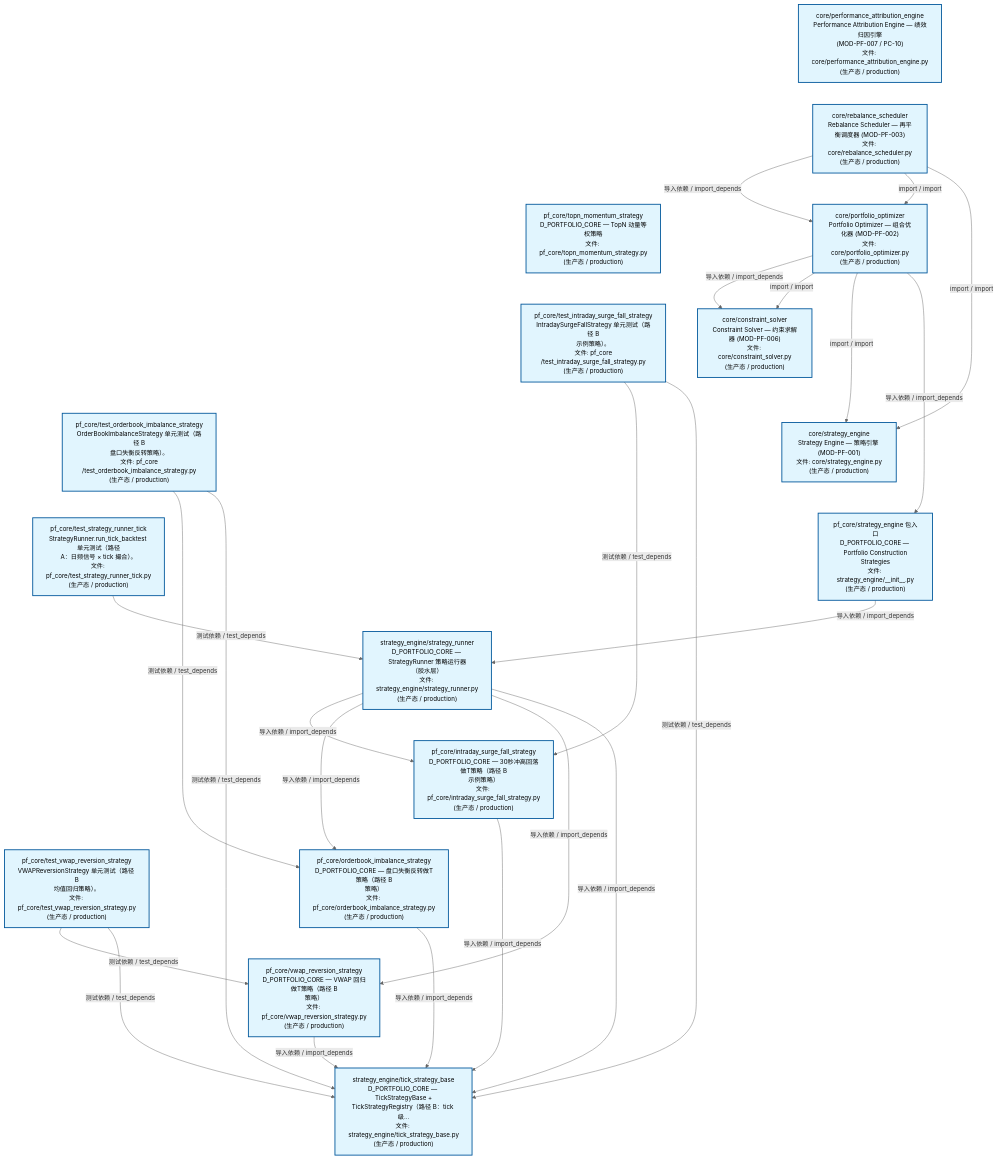
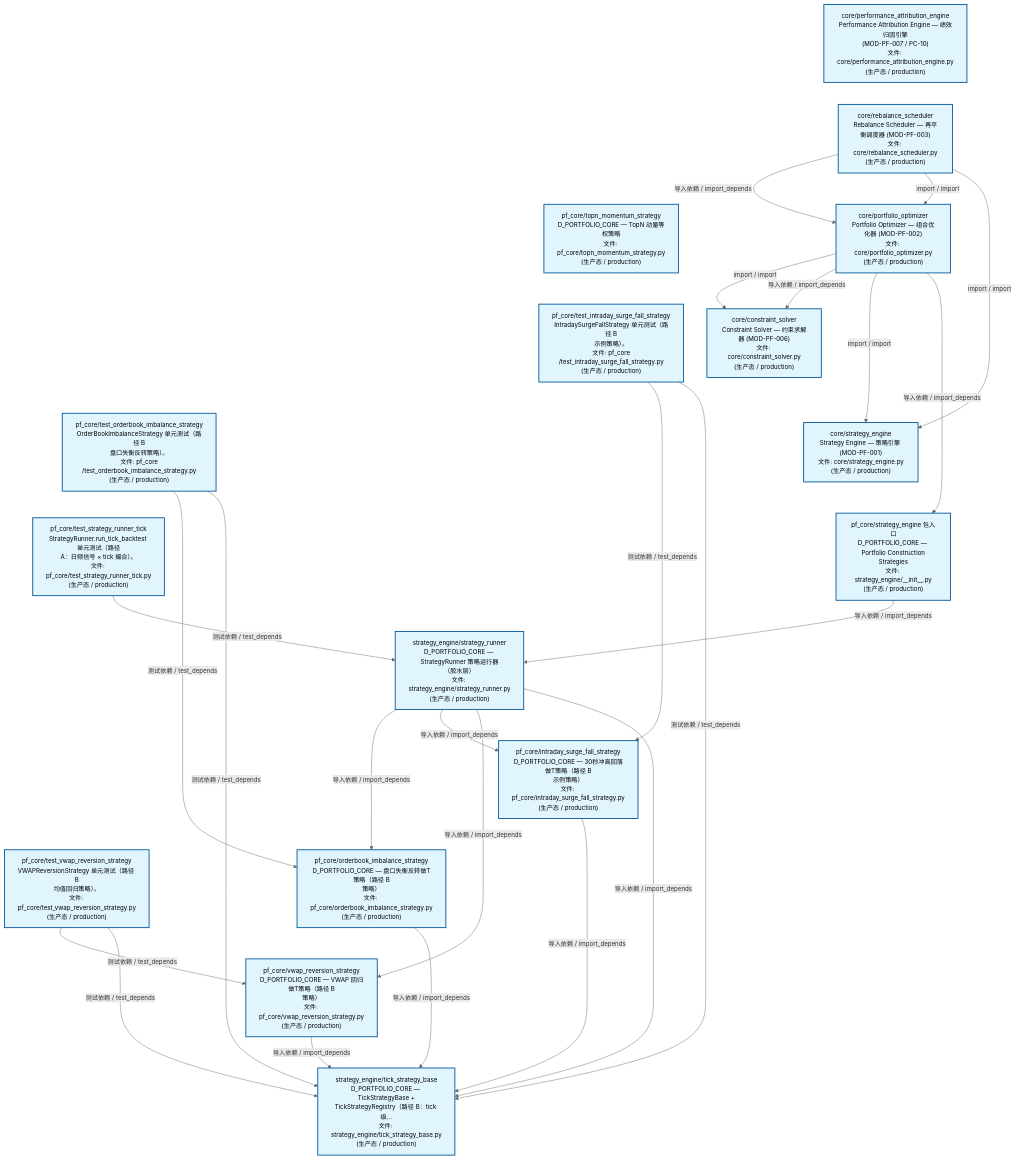
The second of 3 diagrams in docs/02_enterprise_architecture/02_domain_architecture_docs/63_d_pf_core.md (xuanFelixVan/ZephyrAlpha), drawn with Mermaid before and after one commit. The commit also changed other lines of this file and 42 other files, not shown here.

````diff
--- a/docs/02_enterprise_architecture/02_domain_architecture_docs/63_d_pf_core.md
+++ b/docs/02_enterprise_architecture/02_domain_architecture_docs/63_d_pf_core.md
@@ -139,57 +140,57 @@
 ```mermaid
 %%{init: {'theme': 'base', 'themeVariables': {'primaryColor': '#eaeaea', 'primaryTextColor': '#333333', 'primaryBorderColor': '#666666', 'lineColor': '#666666', 'secondaryColor': '#eaeaea', 'tertiaryColor': '#eaeaea', 'fontSize': '14px'}}}%%
 flowchart TD
     src_zephyr_pf_core_core_performance_attribution_engine_py["core/performance_attribution_engine<br/>Performance Attribution Engine — 绩效归因引擎<br/>(MOD-PF-007 / PC-10)<br/>文件: core/performance_attribution_engine.py<br/>(生产态 / production)"]
     src_zephyr_pf_core_core_rebalance_scheduler_py["core/rebalance_scheduler<br/>Rebalance Scheduler — 再平衡调度器 (MOD-PF-003)<br/>文件: core/rebalance_scheduler.py<br/>(生产态 / production)"]
     src_zephyr_pf_core_topn_momentum_strategy_py["pf_core/topn_momentum_strategy<br/>D_PORTFOLIO_CORE — TopN 动量等权策略<br/>文件: pf_core/topn_momentum_strategy.py<br/>(生产态 / production)"]
     tests_pf_core_test_intraday_surge_fall_strategy_py["pf_core/test_intraday_surge_fall_strategy<br/>IntradaySurgeFallStrategy 单元测试（路径 B<br/>示例策略）。<br/>文件: pf_core<br/>/test_intraday_surge_fall_strategy.py<br/>(生产态 / production)"]
     tests_pf_core_test_orderbook_imbalance_strategy_py["pf_core/test_orderbook_imbalance_strategy<br/>OrderBookImbalanceStrategy 单元测试（路径 B<br/>盘口失衡反转策略）。<br/>文件: pf_core<br/>/test_orderbook_imbalance_strategy.py<br/>(生产态 / production)"]
     tests_pf_core_test_strategy_runner_tick_py["pf_core/test_strategy_runner_tick<br/>StrategyRunner.run_tick_backtest 单元测试（路径<br/>A：日频信号 × tick 撮合）。<br/>文件: pf_core/test_strategy_runner_tick.py<br/>(生产态 / production)"]
     tests_pf_core_test_vwap_reversion_strategy_py["pf_core/test_vwap_reversion_strategy<br/>VWAPReversionStrategy 单元测试（路径 B<br/>均值回归策略）。<br/>文件: pf_core/test_vwap_reversion_strategy.py<br/>(生产态 / production)"]
     src_zephyr_pf_core_core_performance_attribution_engine_py ~~~ src_zephyr_pf_core_core_rebalance_scheduler_py
     src_zephyr_pf_core_core_rebalance_scheduler_py ~~~ src_zephyr_pf_core_topn_momentum_strategy_py
     src_zephyr_pf_core_topn_momentum_strategy_py ~~~ tests_pf_core_test_intraday_surge_fall_strategy_py
     tests_pf_core_test_intraday_surge_fall_strategy_py ~~~ tests_pf_core_test_orderbook_imbalance_strategy_py
     tests_pf_core_test_orderbook_imbalance_strategy_py ~~~ tests_pf_core_test_strategy_runner_tick_py
     tests_pf_core_test_strategy_runner_tick_py ~~~ tests_pf_core_test_vwap_reversion_strategy_py
     src_zephyr_pf_core_core_portfolio_optimizer_py["core/portfolio_optimizer<br/>Portfolio Optimizer — 组合优化器 (MOD-PF-002)<br/>文件: core/portfolio_optimizer.py<br/>(生产态 / production)"]
     src_zephyr_pf_core_core_constraint_solver_py["core/constraint_solver<br/>Constraint Solver — 约束求解器 (MOD-PF-006)<br/>文件: core/constraint_solver.py<br/>(生产态 / production)"]
     src_zephyr_pf_core_core_strategy_engine_py["core/strategy_engine<br/>Strategy Engine — 策略引擎 (MOD-PF-001)<br/>文件: core/strategy_engine.py<br/>(生产态 / production)"]
     src_zephyr_pf_core_strategy_engine_init_py["pf_core/strategy_engine 包入口<br/>D_PORTFOLIO_CORE — Portfolio Construction<br/>Strategies<br/>文件: strategy_engine/__init__.py<br/>(生产态 / production)"]
     src_zephyr_pf_core_core_constraint_solver_py ~~~ src_zephyr_pf_core_core_strategy_engine_py
     src_zephyr_pf_core_core_strategy_engine_py ~~~ src_zephyr_pf_core_strategy_engine_init_py
     src_zephyr_pf_core_strategy_engine_strategy_runner_py["strategy_engine/strategy_runner<br/>D_PORTFOLIO_CORE — StrategyRunner 策略运行器<br/>（胶水层）<br/>文件: strategy_engine/strategy_runner.py<br/>(生产态 / production)"]
     src_zephyr_pf_core_intraday_surge_fall_strategy_py["pf_core/intraday_surge_fall_strategy<br/>D_PORTFOLIO_CORE — 30秒冲高回落做T策略（路径 B<br/>示例策略）<br/>文件: pf_core/intraday_surge_fall_strategy.py<br/>(生产态 / production)"]
     src_zephyr_pf_core_orderbook_imbalance_strategy_py["pf_core/orderbook_imbalance_strategy<br/>D_PORTFOLIO_CORE — 盘口失衡反转做T策略（路径 B<br/>策略）<br/>文件: pf_core/orderbook_imbalance_strategy.py<br/>(生产态 / production)"]
     src_zephyr_pf_core_vwap_reversion_strategy_py["pf_core/vwap_reversion_strategy<br/>D_PORTFOLIO_CORE — VWAP 回归做T策略（路径 B<br/>策略）<br/>文件: pf_core/vwap_reversion_strategy.py<br/>(生产态 / production)"]
     src_zephyr_pf_core_intraday_surge_fall_strategy_py ~~~ src_zephyr_pf_core_orderbook_imbalance_strategy_py
     src_zephyr_pf_core_orderbook_imbalance_strategy_py ~~~ src_zephyr_pf_core_vwap_reversion_strategy_py
     src_zephyr_pf_core_strategy_engine_tick_strategy_base_py["strategy_engine/tick_strategy_base<br/>D_PORTFOLIO_CORE — TickStrategyBase +<br/>TickStrategyRegistry（路径 B：tick 级...<br/>文件: strategy_engine/tick_strategy_base.py<br/>(生产态 / production)"]
+    src_zephyr_pf_core_orderbook_imbalance_strategy_py -->|导入依赖 / import_depends| src_zephyr_pf_core_strategy_engine_tick_strategy_base_py
     src_zephyr_pf_core_intraday_surge_fall_strategy_py -->|导入依赖 / import_depends| src_zephyr_pf_core_strategy_engine_tick_strategy_base_py
-    src_zephyr_pf_core_orderbook_imbalance_strategy_py -->|导入依赖 / import_depends| src_zephyr_pf_core_strategy_engine_tick_strategy_base_py
-    src_zephyr_pf_core_vwap_reversion_strategy_py -->|导入依赖 / import_depends| src_zephyr_pf_core_strategy_engine_tick_strategy_base_py
-    src_zephyr_pf_core_core_portfolio_optimizer_py -->|导入依赖 / import_depends| src_zephyr_pf_core_core_constraint_solver_py
-    src_zephyr_pf_core_core_portfolio_optimizer_py -->|import / import| src_zephyr_pf_core_core_constraint_solver_py
-    src_zephyr_pf_core_core_portfolio_optimizer_py -->|import / import| src_zephyr_pf_core_core_strategy_engine_py
-    src_zephyr_pf_core_core_portfolio_optimizer_py -->|导入依赖 / import_depends| src_zephyr_pf_core_strategy_engine_init_py
     src_zephyr_pf_core_core_rebalance_scheduler_py -->|导入依赖 / import_depends| src_zephyr_pf_core_core_portfolio_optimizer_py
     src_zephyr_pf_core_core_rebalance_scheduler_py -->|import / import| src_zephyr_pf_core_core_portfolio_optimizer_py
     src_zephyr_pf_core_core_rebalance_scheduler_py -->|import / import| src_zephyr_pf_core_core_strategy_engine_py
+    src_zephyr_pf_core_vwap_reversion_strategy_py -->|导入依赖 / import_depends| src_zephyr_pf_core_strategy_engine_tick_strategy_base_py
+    src_zephyr_pf_core_core_portfolio_optimizer_py -->|import / import| src_zephyr_pf_core_core_constraint_solver_py
+    src_zephyr_pf_core_core_portfolio_optimizer_py -->|导入依赖 / import_depends| src_zephyr_pf_core_core_constraint_solver_py
+    src_zephyr_pf_core_core_portfolio_optimizer_py -->|import / import| src_zephyr_pf_core_core_strategy_engine_py
+    src_zephyr_pf_core_core_portfolio_optimizer_py -->|导入依赖 / import_depends| src_zephyr_pf_core_strategy_engine_init_py
+    src_zephyr_pf_core_strategy_engine_init_py -->|导入依赖 / import_depends| src_zephyr_pf_core_strategy_engine_strategy_runner_py
+    src_zephyr_pf_core_strategy_engine_strategy_runner_py -->|导入依赖 / import_depends| src_zephyr_pf_core_orderbook_imbalance_strategy_py
     src_zephyr_pf_core_strategy_engine_strategy_runner_py -->|导入依赖 / import_depends| src_zephyr_pf_core_intraday_surge_fall_strategy_py
-    src_zephyr_pf_core_strategy_engine_strategy_runner_py -->|导入依赖 / import_depends| src_zephyr_pf_core_orderbook_imbalance_strategy_py
     src_zephyr_pf_core_strategy_engine_strategy_runner_py -->|导入依赖 / import_depends| src_zephyr_pf_core_vwap_reversion_strategy_py
     src_zephyr_pf_core_strategy_engine_strategy_runner_py -->|导入依赖 / import_depends| src_zephyr_pf_core_strategy_engine_tick_strategy_base_py
-    src_zephyr_pf_core_strategy_engine_init_py -->|导入依赖 / import_depends| src_zephyr_pf_core_strategy_engine_strategy_runner_py
     tests_pf_core_test_intraday_surge_fall_strategy_py -->|测试依赖 / test_depends| src_zephyr_pf_core_intraday_surge_fall_strategy_py
     tests_pf_core_test_intraday_surge_fall_strategy_py -->|测试依赖 / test_depends| src_zephyr_pf_core_strategy_engine_tick_strategy_base_py
     tests_pf_core_test_orderbook_imbalance_strategy_py -->|测试依赖 / test_depends| src_zephyr_pf_core_orderbook_imbalance_strategy_py
     tests_pf_core_test_orderbook_imbalance_strategy_py -->|测试依赖 / test_depends| src_zephyr_pf_core_strategy_engine_tick_strategy_base_py
     tests_pf_core_test_strategy_runner_tick_py -->|测试依赖 / test_depends| src_zephyr_pf_core_strategy_engine_strategy_runner_py
     tests_pf_core_test_vwap_reversion_strategy_py -->|测试依赖 / test_depends| src_zephyr_pf_core_vwap_reversion_strategy_py
     tests_pf_core_test_vwap_reversion_strategy_py -->|测试依赖 / test_depends| src_zephyr_pf_core_strategy_engine_tick_strategy_base_py
     classDef production fill:#e1f5fe,stroke:#01579b,stroke-width:2px,color:#000
     classDef design fill:#fff3e0,stroke:#e65100,stroke-width:2px,color:#000,stroke-dasharray: 5 5
     classDef external_prod fill:#e8f4fd,stroke:#0277bd,stroke-width:1px,color:#000
     classDef external_design fill:#fff8e7,stroke:#ef6c00,stroke-width:1px,color:#000,stroke-dasharray: 5 5
     class src_zephyr_pf_core_core_constraint_solver_py,src_zephyr_pf_core_core_performance_attribution_engine_py,src_zephyr_pf_core_core_portfolio_optimizer_py,src_zephyr_pf_core_core_rebalance_scheduler_py,src_zephyr_pf_core_core_strategy_engine_py,src_zephyr_pf_core_intraday_surge_fall_strategy_py,src_zephyr_pf_core_orderbook_imbalance_strategy_py,src_zephyr_pf_core_strategy_engine_init_py,src_zephyr_pf_core_strategy_engine_strategy_runner_py,src_zephyr_pf_core_strategy_engine_tick_strategy_base_py,src_zephyr_pf_core_topn_momentum_strategy_py,src_zephyr_pf_core_vwap_reversion_strategy_py,tests_pf_core_test_intraday_surge_fall_strategy_py,tests_pf_core_test_orderbook_imbalance_strategy_py,tests_pf_core_test_strategy_runner_tick_py,tests_pf_core_test_vwap_reversion_strategy_py production
 ```
````
